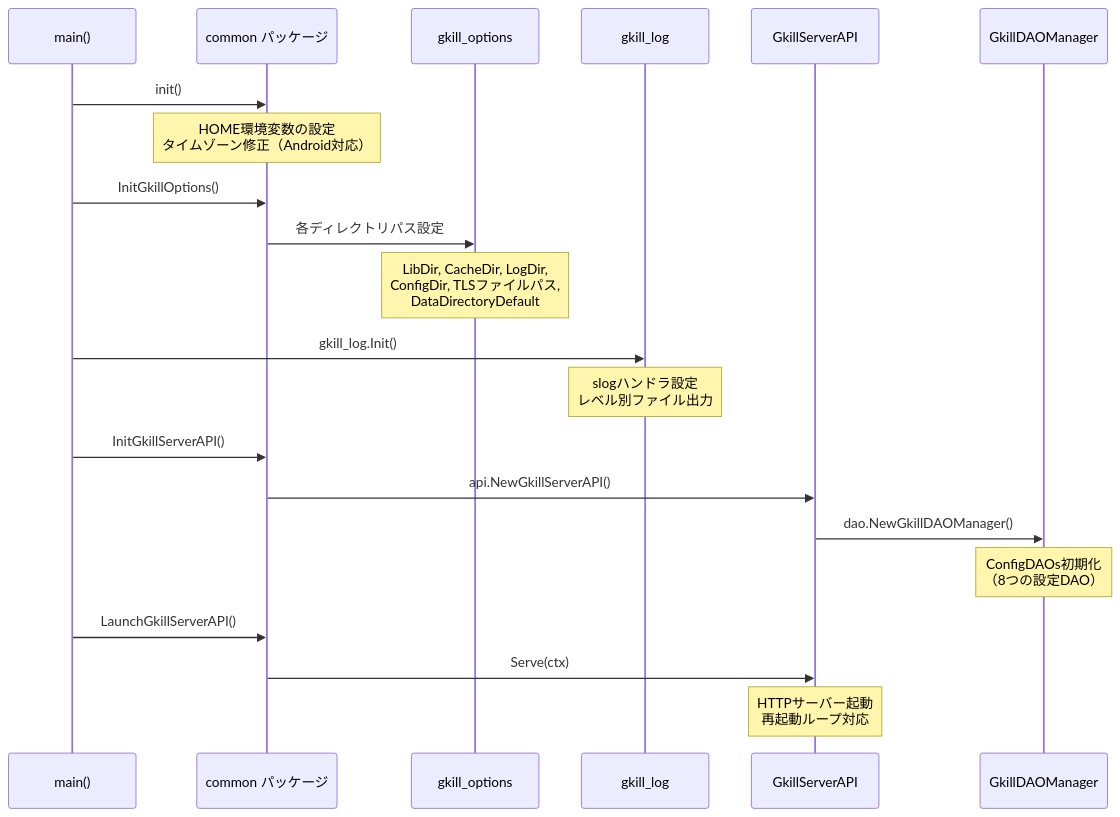
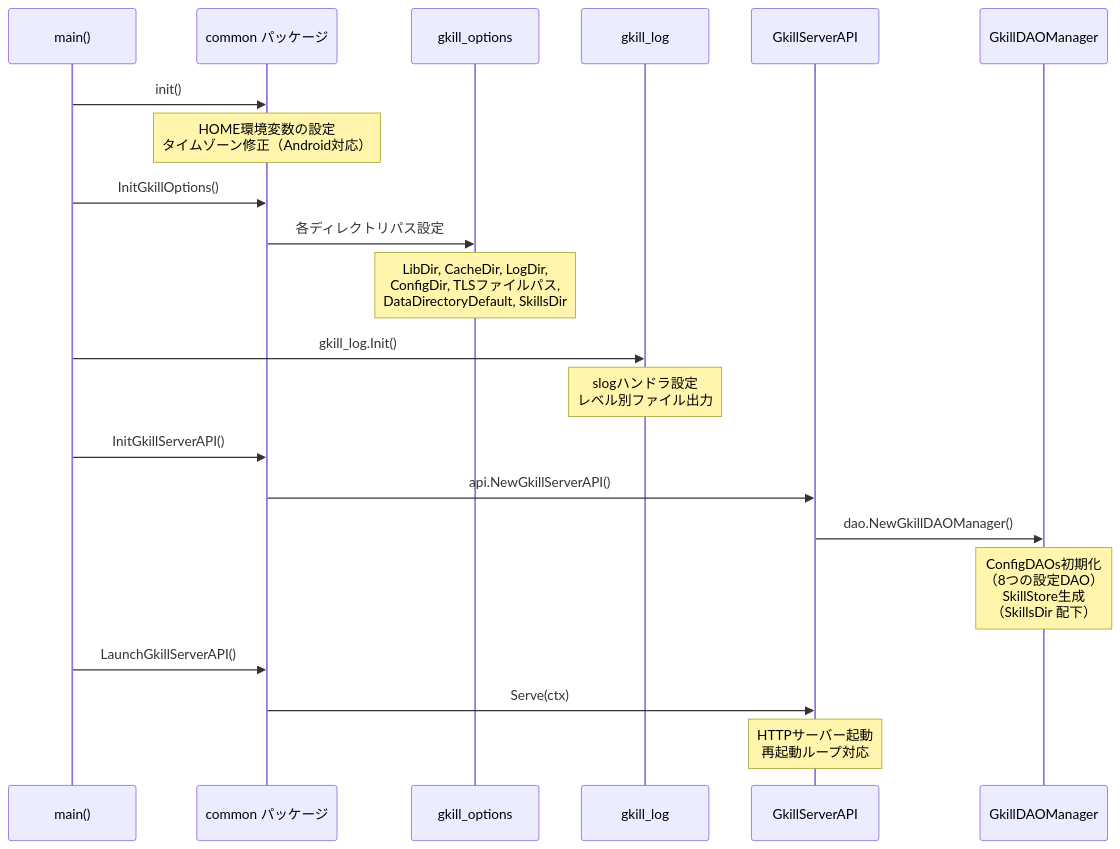
One commit to mt3hr/gkill changed the first of 7 diagrams in documents/reverse/program-spec.md. Above: the diagram before and after it, drawn with Mermaid. The commit also changed other lines of this file and 38 other files, not shown here.

````diff
--- a/documents/reverse/program-spec.md
+++ b/documents/reverse/program-spec.md
@@ -22,28 +22,28 @@
 ```mermaid
 sequenceDiagram
     participant Main as main()
     participant Common as common パッケージ
     participant Options as gkill_options
     participant Log as gkill_log
     participant API as GkillServerAPI
     participant DAO as GkillDAOManager
 
     Main->>Common: init()
     Note over Common: HOME環境変数の設定<br/>タイムゾーン修正（Android対応）
 
     Main->>Common: InitGkillOptions()
     Common->>Options: 各ディレクトリパス設定
-    Note over Options: LibDir, CacheDir, LogDir,<br/>ConfigDir, TLSファイルパス,<br/>DataDirectoryDefault
+    Note over Options: LibDir, CacheDir, LogDir,<br/>ConfigDir, TLSファイルパス,<br/>DataDirectoryDefault, SkillsDir
 
     Main->>Log: gkill_log.Init()
     Note over Log: slogハンドラ設定<br/>レベル別ファイル出力
 
     Main->>Common: InitGkillServerAPI()
     Common->>API: api.NewGkillServerAPI()
     API->>DAO: dao.NewGkillDAOManager()
-    Note over DAO: ConfigDAOs初期化<br/>（8つの設定DAO）
+    Note over DAO: ConfigDAOs初期化<br/>（8つの設定DAO）<br/>SkillStore生成<br/>（SkillsDir 配下）
 
     Main->>Common: LaunchGkillServerAPI()
     Common->>API: Serve(ctx)
     Note over API: HTTPサーバー起動<br/>再起動ループ対応
 ```
````
